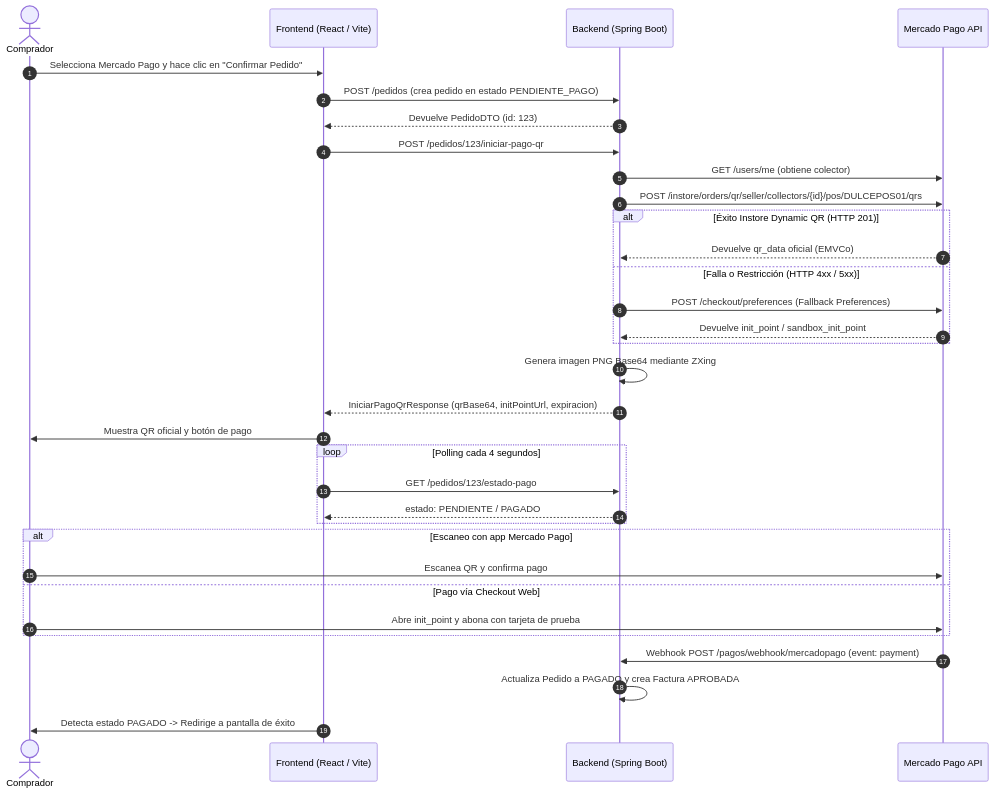
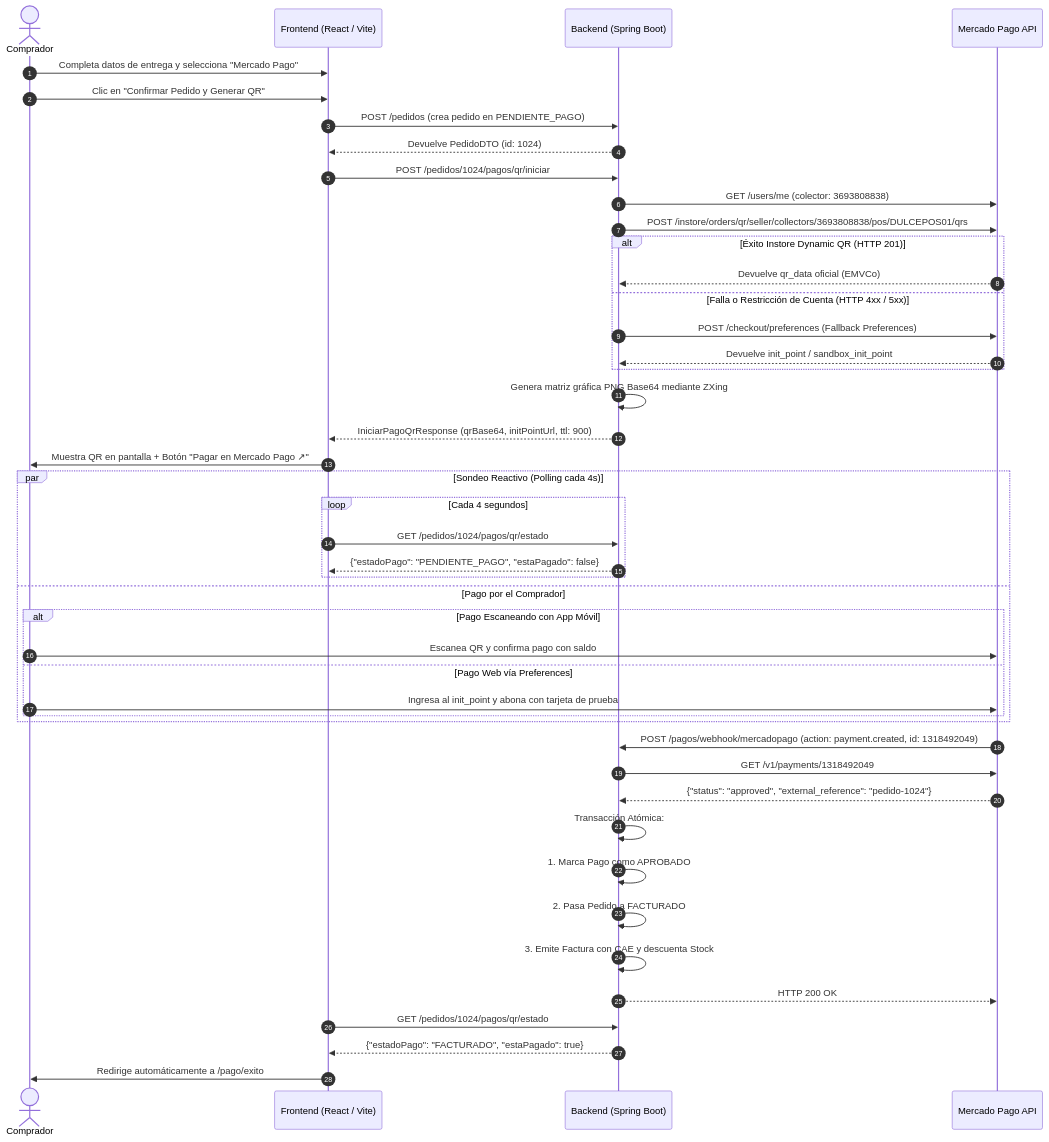
One commit to ppolif/IS2-Grupal-Beck-Maglione-Ferrari changed the second of 2 diagrams in integrador-2/docs/06-integracion-qr-dinamico-y-preferences-mercadopago.md. Above: the diagram before and after it, drawn with Mermaid. The commit also changed other lines of this file, not shown here.

````diff
--- a/integrador-2/docs/06-integracion-qr-dinamico-y-preferences-mercadopago.md
+++ b/integrador-2/docs/06-integracion-qr-dinamico-y-preferences-mercadopago.md
@@ -81,41 +461,55 @@
 ```mermaid
 sequenceDiagram
     autonumber
     actor Cliente as Comprador
     participant UI as Frontend (React / Vite)
     participant Back as Backend (Spring Boot)
     participant MP as Mercado Pago API
 
-    Cliente->>UI: Selecciona Mercado Pago y hace clic en "Confirmar Pedido"
-    UI->>Back: POST /pedidos (crea pedido en estado PENDIENTE_PAGO)
-    Back-->>UI: Devuelve PedidoDTO (id: 123)
+    Cliente->>UI: Completa datos de entrega y selecciona "Mercado Pago"
+    Cliente->>UI: Clic en "Confirmar Pedido y Generar QR"
+    UI->>Back: POST /pedidos (crea pedido en PENDIENTE_PAGO)
+    Back-->>UI: Devuelve PedidoDTO (id: 1024)
     
-    UI->>Back: POST /pedidos/123/iniciar-pago-qr
-    Back->>MP: GET /users/me (obtiene colector)
-    Back->>MP: POST /instore/orders/qr/seller/collectors/{id}/pos/DULCEPOS01/qrs
+    UI->>Back: POST /pedidos/1024/pagos/qr/iniciar
+    Back->>MP: GET /users/me (colector: 3693808838)
+    Back->>MP: POST /instore/orders/qr/seller/collectors/3693808838/pos/DULCEPOS01/qrs
+    
     alt Éxito Instore Dynamic QR (HTTP 201)
         MP-->>Back: Devuelve qr_data oficial (EMVCo)
-    else Falla o Restricción (HTTP 4xx / 5xx)
+    else Falla o Restricción de Cuenta (HTTP 4xx / 5xx)
         Back->>MP: POST /checkout/preferences (Fallback Preferences)
         MP-->>Back: Devuelve init_point / sandbox_init_point
     end
-    Back->>Back: Genera imagen PNG Base64 mediante ZXing
-    Back-->>UI: IniciarPagoQrResponse (qrBase64, initPointUrl, expiracion)
+
+    Back->>Back: Genera matriz gráfica PNG Base64 mediante ZXing
+    Back-->>UI: IniciarPagoQrResponse (qrBase64, initPointUrl, ttl: 900)
+    UI->>Cliente: Muestra QR en pantalla + Botón "Pagar en Mercado Pago ↗"
     
-    UI->>Cliente: Muestra QR oficial y botón de pago
-    
-    loop Polling cada 4 segundos
-        UI->>Back: GET /pedidos/123/estado-pago
-        Back-->>UI: estado: PENDIENTE / PAGADO
+    par Sondeo Reactivo (Polling cada 4s)
+        loop Cada 4 segundos
+            UI->>Back: GET /pedidos/1024/pagos/qr/estado
+            Back-->>UI: {"estadoPago": "PENDIENTE_PAGO", "estaPagado": false}
+        end
+    and Pago por el Comprador
+        alt Pago Escaneando con App Móvil
+            Cliente->>MP: Escanea QR y confirma pago con saldo
+        else Pago Web vía Preferences
+            Cliente->>MP: Ingresa al init_point y abona con tarjeta de prueba
+        end
     end
 
-    alt Escaneo con app Mercado Pago
-        Cliente->>MP: Escanea QR y confirma pago
-    else Pago vía Checkout Web
-        Cliente->>MP: Abre init_point y abona con tarjeta de prueba
-    end
+    MP->>Back: POST /pagos/webhook/mercadopago (action: payment.created, id: 1318492049)
+    Back->>MP: GET /v1/payments/1318492049
+    MP-->>Back: {"status": "approved", "external_reference": "pedido-1024"}
+    
+    Back->>Back: Transacción Atómica:
+    Back->>Back: 1. Marca Pago como APROBADO
+    Back->>Back: 2. Pasa Pedido a FACTURADO
+    Back->>Back: 3. Emite Factura con CAE y descuenta Stock
+    Back-->>MP: HTTP 200 OK
 
-    MP->>Back: Webhook POST /pagos/webhook/mercadopago (event: payment)
-    Back->>Back: Actualiza Pedido a PAGADO y crea Factura APROBADA
-    UI->>Cliente: Detecta estado PAGADO -> Redirige a pantalla de éxito
+    UI->>Back: GET /pedidos/1024/pagos/qr/estado
+    Back-->>UI: {"estadoPago": "FACTURADO", "estaPagado": true}
+    UI->>Cliente: Redirige automáticamente a /pago/exito
 ```
````
